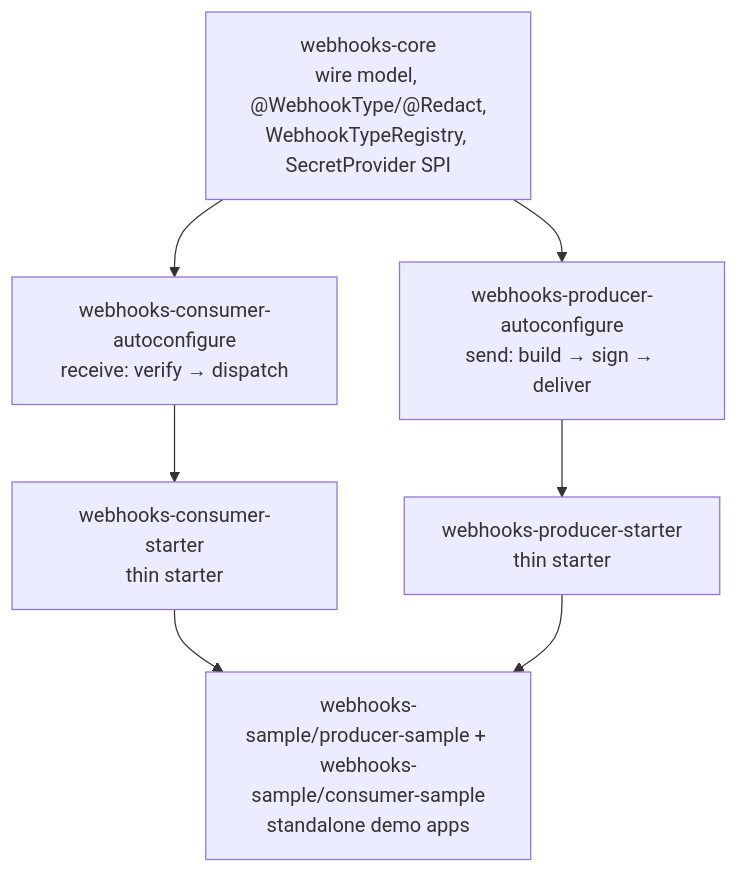
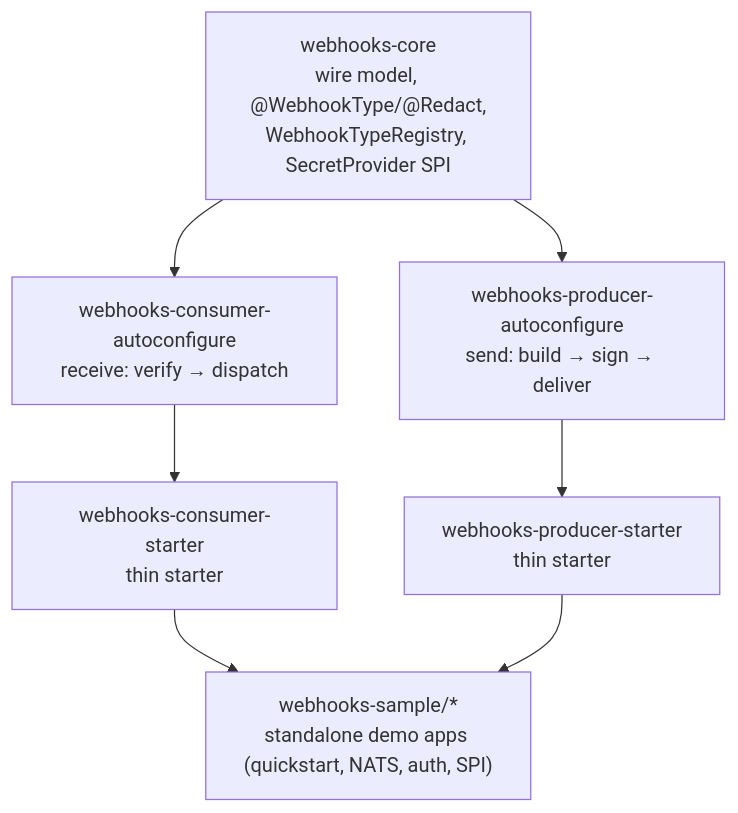
The first of 4 diagrams in docs/architecture.md (jinternals/webhooks), drawn with Mermaid before and after one commit. The commit also changed other lines of this file and 5 other files, not shown here.

Commit message:
Sync remaining architecture, status-code, contributing, and changelog docs

````diff
--- a/docs/architecture.md
+++ b/docs/architecture.md
@@ -15,16 +15,16 @@
 ```mermaid
 flowchart TD
     core["webhooks-core<br/>wire model, @WebhookType/@Redact,<br/>WebhookTypeRegistry, SecretProvider SPI"]
     consumerAuto["webhooks-consumer-autoconfigure<br/>receive: verify → dispatch"]
     consumerStarter["webhooks-consumer-starter<br/>thin starter"]
     producerAuto["webhooks-producer-autoconfigure<br/>send: build → sign → deliver"]
     producerStarter["webhooks-producer-starter<br/>thin starter"]
-    samples["webhooks-sample/producer-sample + webhooks-sample/consumer-sample<br/>standalone demo apps"]
+    samples["webhooks-sample/*<br/>standalone demo apps (quickstart, NATS, auth, SPI)"]
 
     core --> consumerAuto
     core --> producerAuto
     consumerAuto --> consumerStarter
     producerAuto --> producerStarter
     consumerStarter --> samples
     producerStarter --> samples
 ```
````
